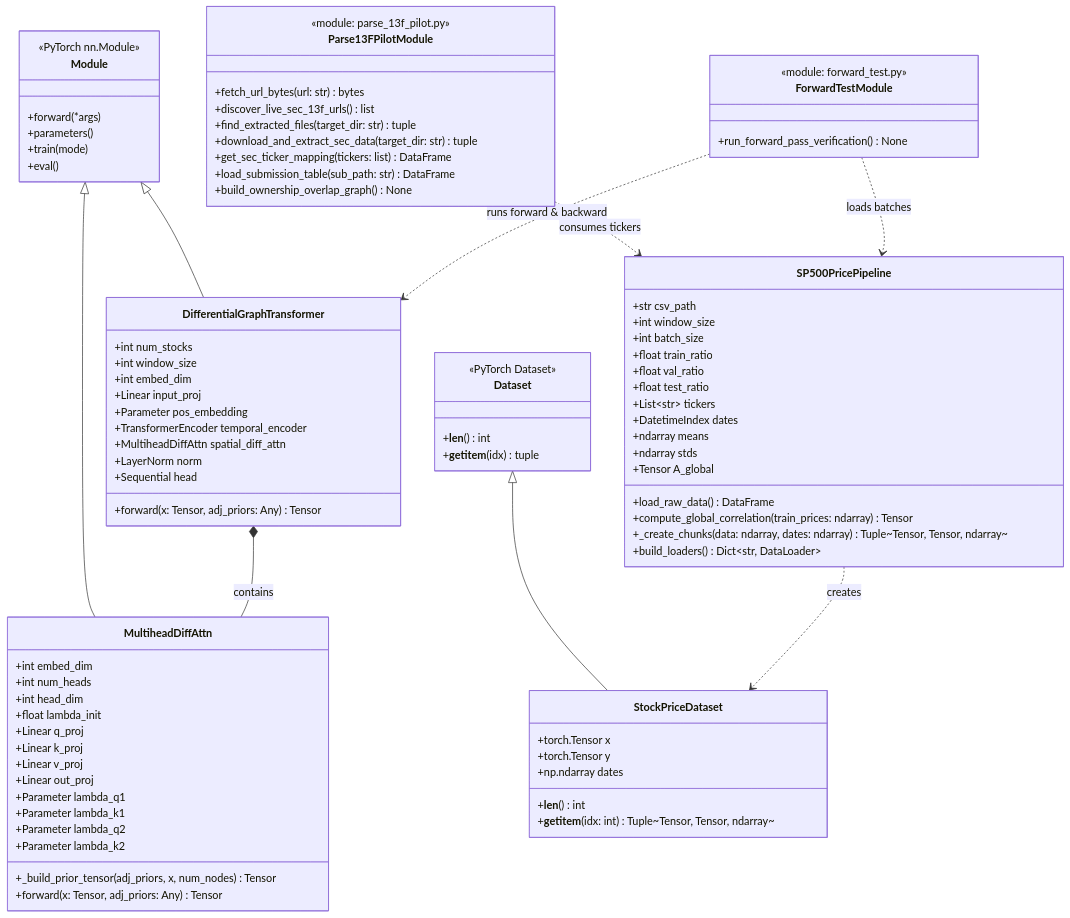
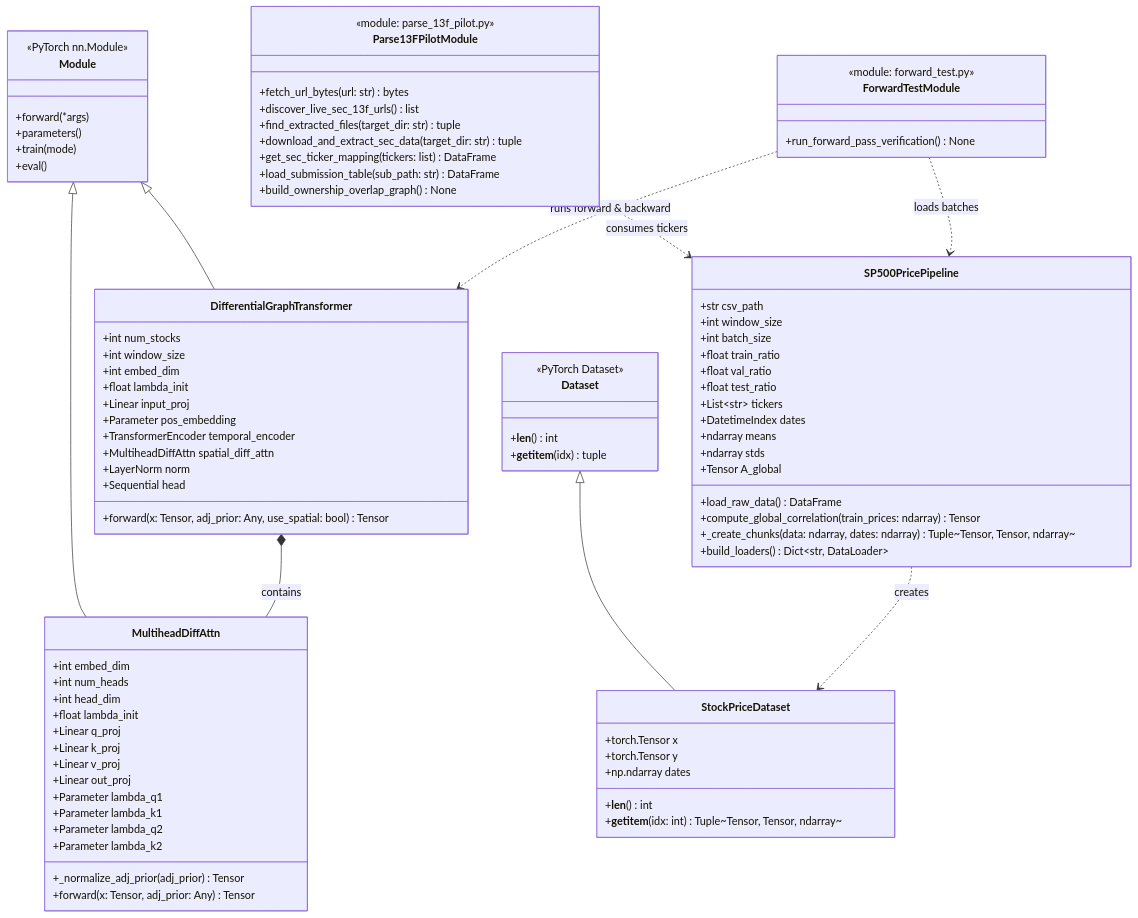
One commit to amitashutosh/cs224w changed the second of 4 diagrams in architecture.md. Above: the diagram before and after it, drawn with Mermaid. The commit also changed other lines of this file and 5 other files, not shown here.

```diff
--- a/architecture.md
+++ b/architecture.md
@@ -134,8 +134,8 @@
         +Parameter lambda_k1
         +Parameter lambda_q2
         +Parameter lambda_k2
-        +_build_prior_tensor(adj_priors, x, num_nodes) Tensor
-        +forward(x: Tensor, adj_priors: Any) Tensor
+        +_normalize_adj_prior(adj_prior) Tensor
+        +forward(x: Tensor, adj_prior: Any) Tensor
     }
     Module <|-- MultiheadDiffAttn
 
@@ -143,13 +143,14 @@
         +int num_stocks
         +int window_size
         +int embed_dim
+        +float lambda_init
         +Linear input_proj
         +Parameter pos_embedding
         +TransformerEncoder temporal_encoder
         +MultiheadDiffAttn spatial_diff_attn
         +LayerNorm norm
         +Sequential head
-        +forward(x: Tensor, adj_priors: Any) Tensor
+        +forward(x: Tensor, adj_prior: Any, use_spatial: bool) Tensor
     }
     Module <|-- DifferentialGraphTransformer
     DifferentialGraphTransformer *-- MultiheadDiffAttn : contains
```
